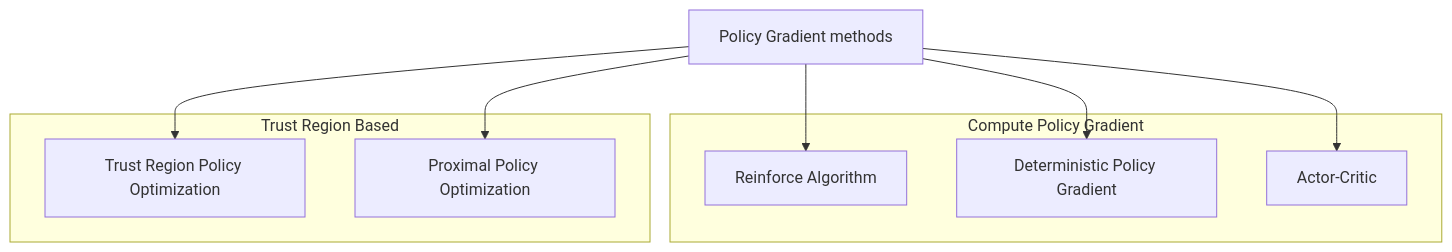
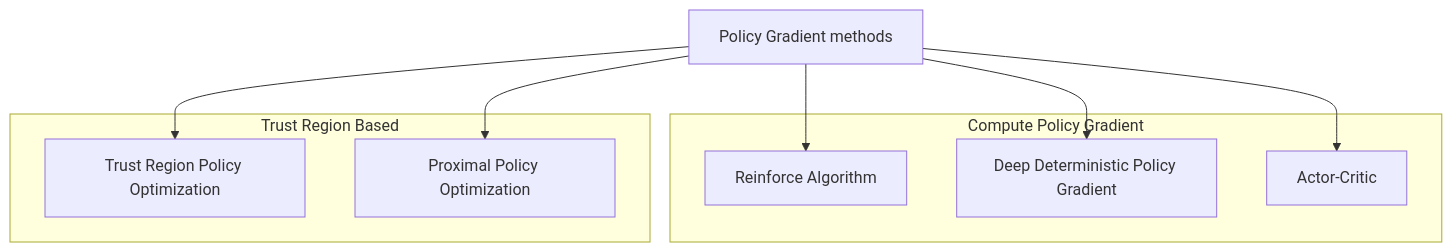
The diagram in blog/2026/10/05/rl-010.md (gracefullight/gracefullight.github.io), drawn with Mermaid before and after one commit. The commit also changed other lines of this file and 2 other files, not shown here.

````diff
--- a/blog/2026/10/05/rl-010.md
+++ b/blog/2026/10/05/rl-010.md
@@ -37,21 +37,21 @@
 ```mermaid
 graph TB
   PG[Policy Gradient methods]
   
   subgraph ComputePolicyGradient[Compute Policy Gradient]
     Reinforce[Reinforce Algorithm]
-    DPG[Deterministic Policy Gradient]
+    DDPG[Deep Deterministic Policy Gradient]
     ActorCritic[Actor-Critic]
   end
 
   subgraph TrustRegionBased[Trust Region Based]
     TRPO[Trust Region Policy Optimization]
     PPO[Proximal Policy Optimization]
   end
 
   PG --> Reinforce
-  PG --> DPG
+  PG --> DDPG
   PG --> ActorCritic
   PG --> TRPO
   PG --> PPO
 ```
````
